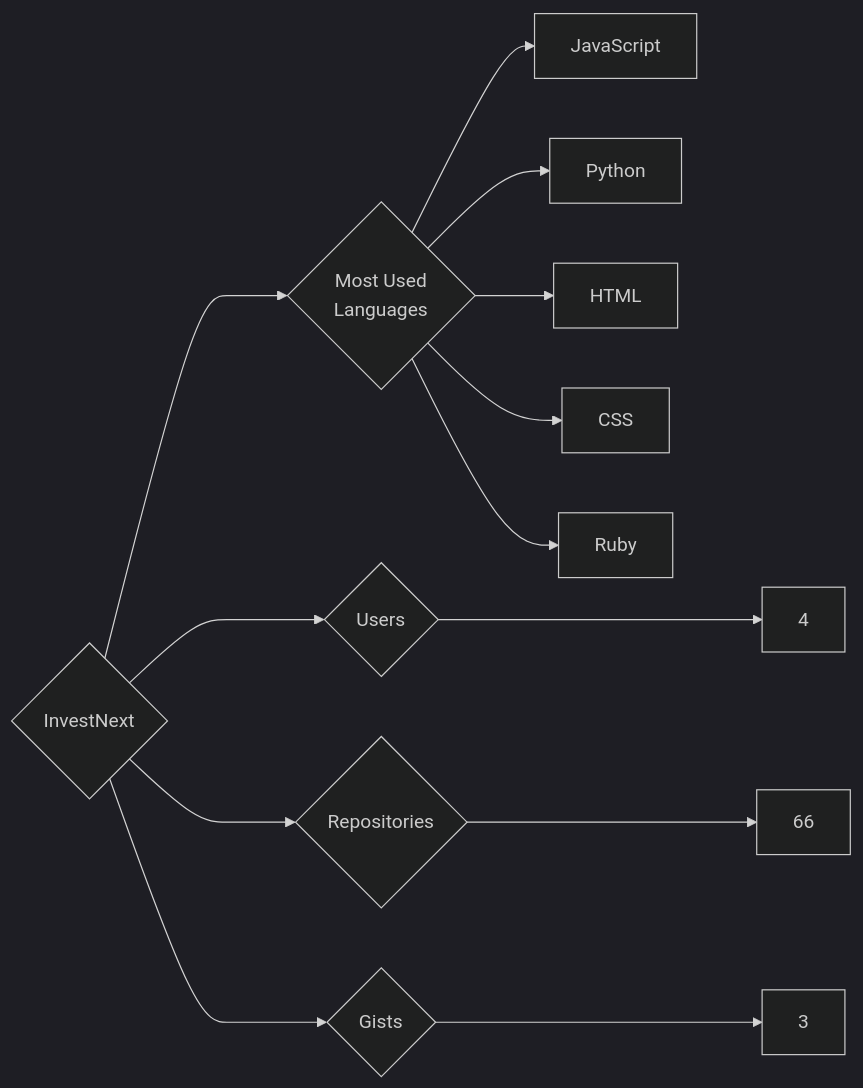
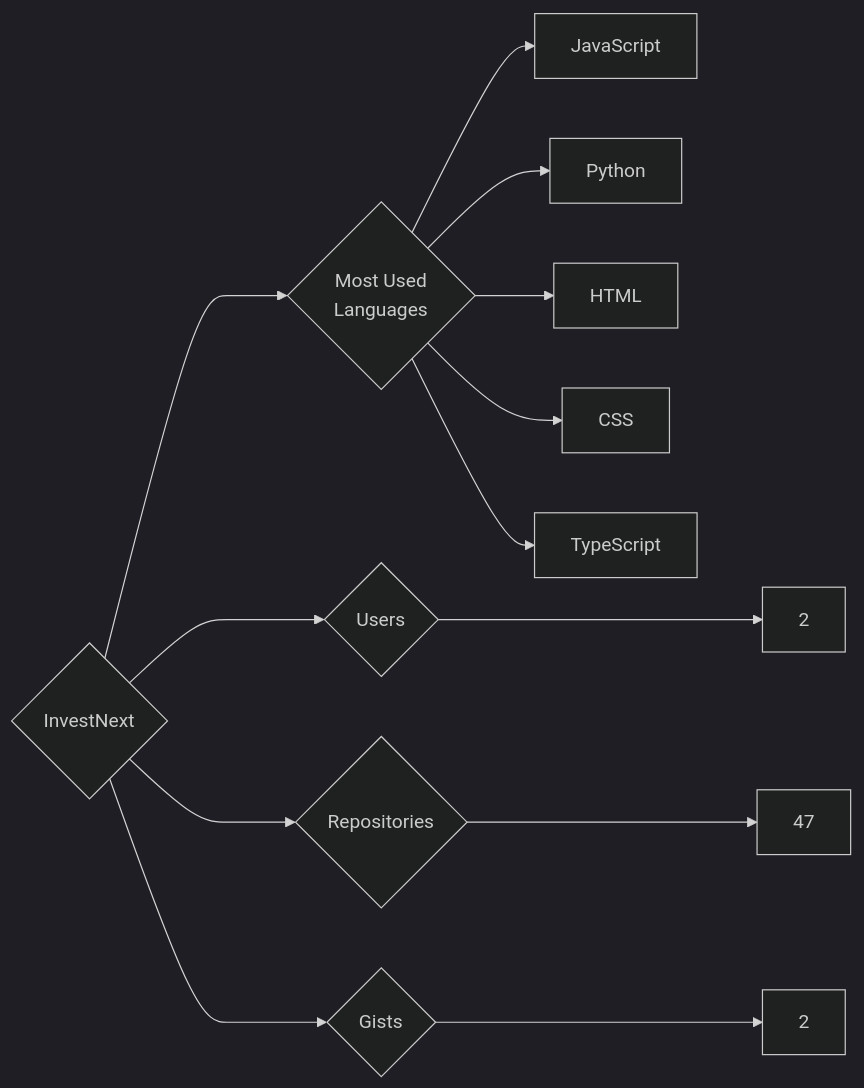
The diagram in targets/InvestNext/README.md (trickest/insiders), drawn with Mermaid (dark theme) before and after one commit. The commit also changed 1003 other files, not shown here.

````diff
--- a/targets/InvestNext/README.md
+++ b/targets/InvestNext/README.md
@@ -3,13 +3,13 @@
 ```mermaid
 graph LR
 COMPANY_NAME{InvestNext}
-COMPANY_NAME ---> U{Users} ---> UN[4]
-COMPANY_NAME ---> R{Repositories} ---> RN[66]
-COMPANY_NAME ---> G{Gists} ---> GN[3]
+COMPANY_NAME ---> U{Users} ---> UN[2]
+COMPANY_NAME ---> R{Repositories} ---> RN[47]
+COMPANY_NAME ---> G{Gists} ---> GN[2]
 COMPANY_NAME ---> ML{Most Used<br>Languages}
 ML --> JavaScript[JavaScript]
 ML --> Python[Python]
 ML --> HTML[HTML]
 ML --> CSS[CSS]
-ML --> Ruby[Ruby]
+ML --> TypeScript[TypeScript]
 ```
````
